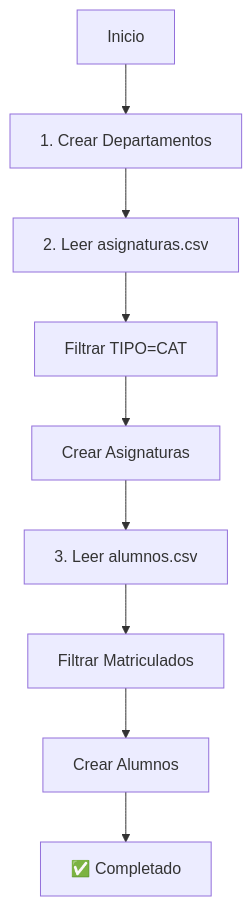
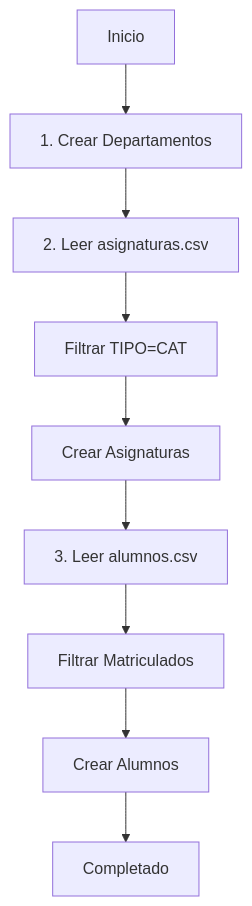
Before and after one commit to BarcobasureroB1/Ayudant-as-FAMED-UCN: the diagram in backend/SEEDING_GUIDE.md, drawn with Mermaid. The commit also changed other lines of this file and 1 other file, not shown here.

````diff
--- a/backend/SEEDING_GUIDE.md
+++ b/backend/SEEDING_GUIDE.md
@@ -104,11 +105,11 @@
 ```mermaid
 graph TD
     A[Inicio] --> B[1. Crear Departamentos]
     B --> C[2. Leer asignaturas.csv]
     C --> D[Filtrar TIPO=CAT]
     D --> E[Crear Asignaturas]
     E --> F[3. Leer alumnos.csv]
     F --> G[Filtrar Matriculados]
     G --> H[Crear Alumnos]
-    H --> I[✅ Completado]
+    H --> I[ Completado]
 ```
````
